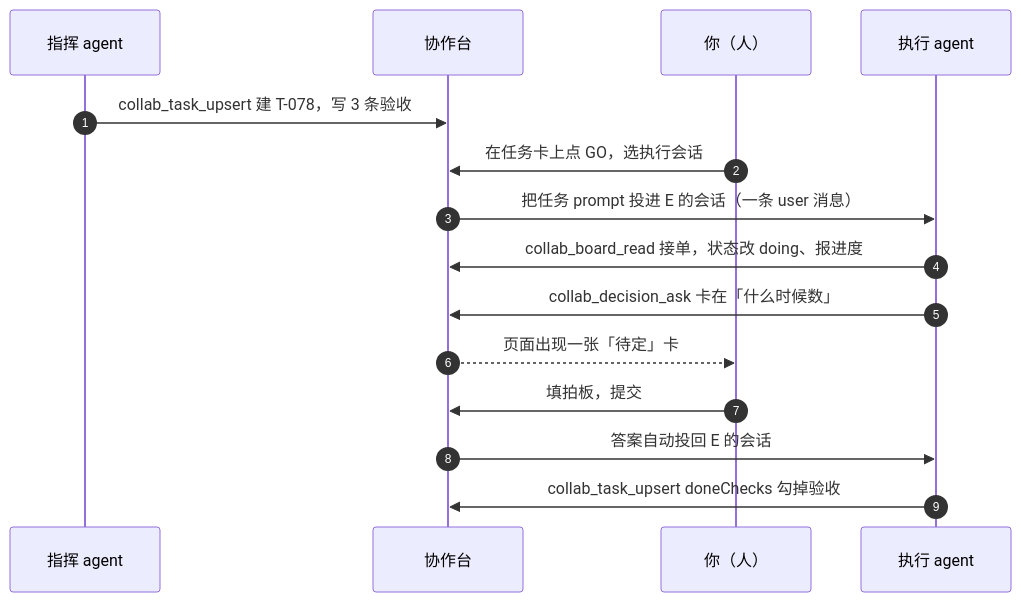
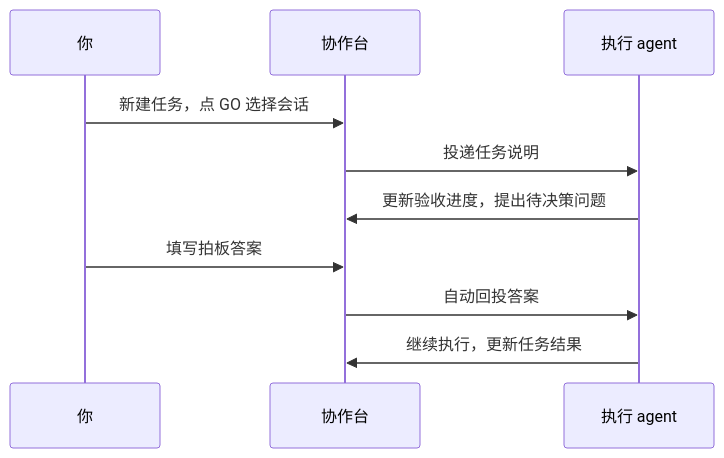
Before and after one commit to Ray144165154/dsh-team-board: the diagram in README.md, drawn with Mermaid. The commit also changed other lines of this file and 2 other files, not shown here.

Commit message:
docs: explain board workflow and separate API reference

````diff
--- a/README.md
+++ b/README.md
@@ -97,18 +36,12 @@
 ```mermaid
 sequenceDiagram
-    autonumber
-    participant C as 指挥 agent
+    participant H as 你
     participant B as 协作台
-    participant H as 你（人）
-    participant E as 执行 agent
-
-    C->>B: collab_task_upsert 建 T-078，写 3 条验收
-    H->>B: 在任务卡上点 GO，选执行会话
-    B->>E: 把任务 prompt 投进 E 的会话（一条 user 消息）
-    E->>B: collab_board_read 接单，状态改 doing、报进度
-    E->>B: collab_decision_ask 卡在「什么时候数」
-    B-->>H: 页面出现一张「待定」卡
-    H->>B: 填拍板，提交
-    B->>E: 答案自动投回 E 的会话
-    E->>B: collab_task_upsert doneChecks 勾掉验收
+    participant A as 执行 agent
+    H->>B: 新建任务，点 GO 选择会话
+    B->>A: 投递任务说明
+    A->>B: 更新验收进度，提出待决策问题
+    H->>B: 填写拍板答案
+    B->>A: 自动回投答案
+    A->>B: 继续执行，更新任务结果
 ```
````
